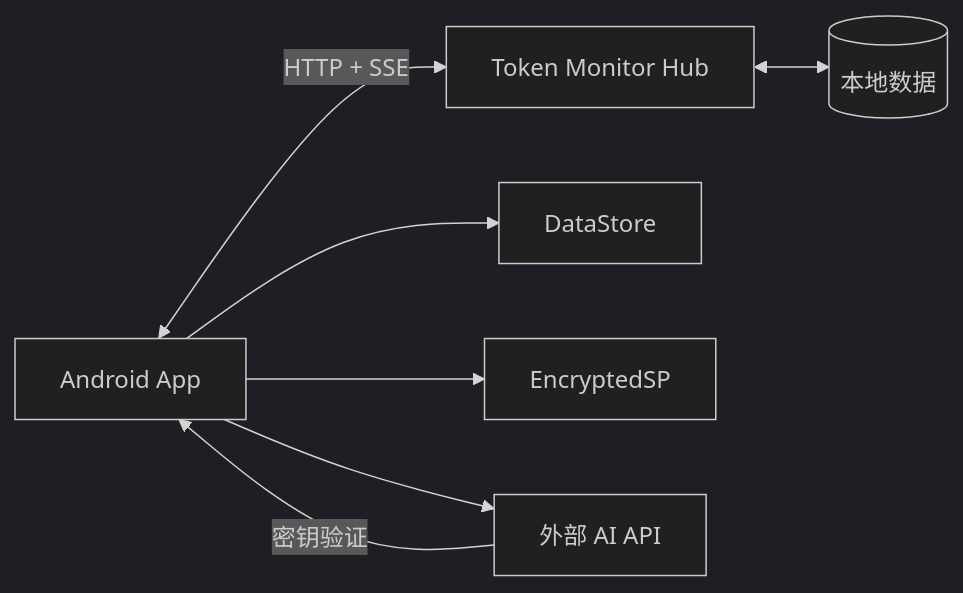
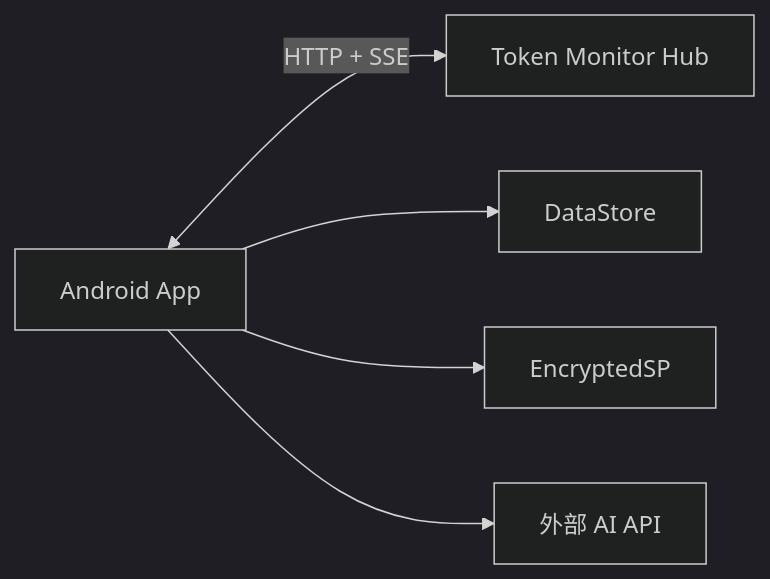
Before and after one commit to myhMARS/TokenMonitor-Andorid: the diagram in README.md, drawn with Mermaid (dark theme). The commit also changed other lines of this file, not shown here.

````diff
--- a/README.md
+++ b/README.md
@@ -108,9 +60,7 @@
 ```mermaid
 graph LR
     A[Android App] <-->|HTTP + SSE| B[Token Monitor Hub]
-    B <--> C[(本地数据)]
     A --> D[DataStore]
     A --> E[EncryptedSP]
     A --> F[外部 AI API]
-    F -->|密钥验证| A
 ```
````
